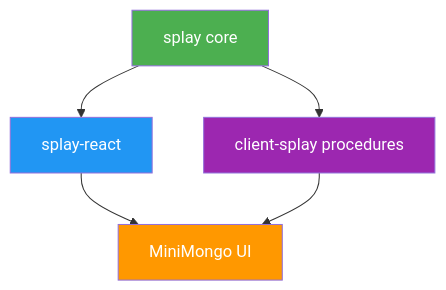
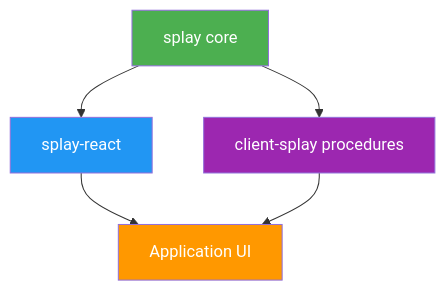
Before and after one commit to mark1russell7/splay: the third of 3 diagrams in README.md, drawn with Mermaid. The commit also changed other lines of this file, not shown here.

Commit message:
docs: reword internal references (#82)

````diff
--- a/README.md
+++ b/README.md
@@ -737,12 +737,12 @@
 ```mermaid
 graph TD
     A[splay core] --> B[splay-react]
-    B --> C[MiniMongo UI]
+    B --> C[Application UI]
     A --> D[client-splay procedures]
     D --> C
 
     style A fill:#4CAF50,color:#fff
     style B fill:#2196F3,color:#fff
     style C fill:#FF9800,color:#fff
     style D fill:#9C27B0,color:#fff
 ```
````
